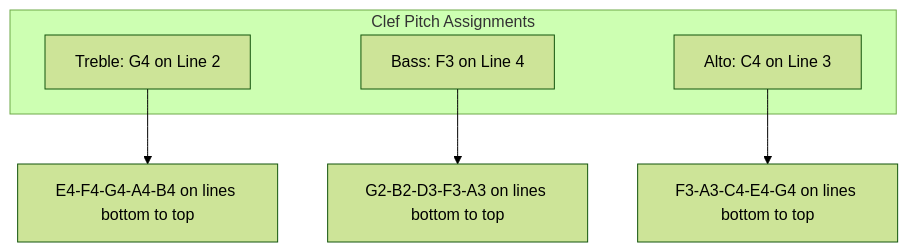
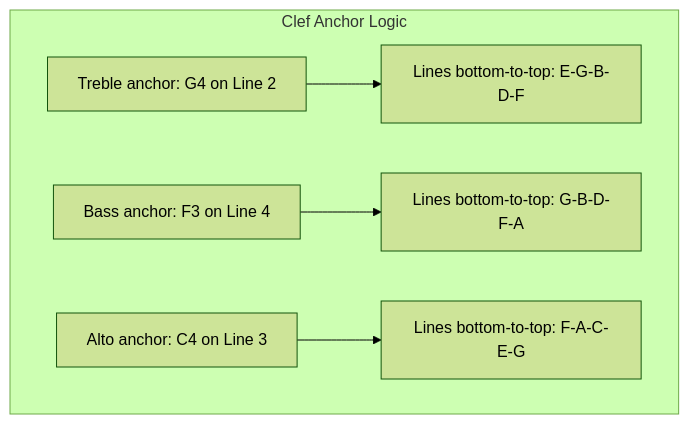
Before and after one commit to blebleblee/synapse: the second of 3 diagrams in topics/arts/composition/notation/lesson_01_notation_basics.md, drawn with Mermaid (forest theme). The commit also changed other lines of this file and 3 other files, not shown here.

````diff
--- a/topics/arts/composition/notation/lesson_01_notation_basics.md
+++ b/topics/arts/composition/notation/lesson_01_notation_basics.md
@@ -50,11 +47,8 @@
 ```mermaid
 graph TD
-    subgraph sub_clefs ["Clef Pitch Assignments"]
-        A["Treble: G4 on Line 2"]
-        B["Bass: F3 on Line 4"]
-        C["Alto: C4 on Line 3"]
+    subgraph sub_clefs ["Clef Anchor Logic"]
+        T["Treble anchor: G4 on Line 2"] --> TN["Lines bottom-to-top: E-G-B-D-F"]
+        BC["Bass anchor: F3 on Line 4"] --> BN["Lines bottom-to-top: G-B-D-F-A"]
+        AC["Alto anchor: C4 on Line 3"] --> AN["Lines bottom-to-top: F-A-C-E-G"]
     end
-    A --> D["E4-F4-G4-A4-B4 on lines bottom to top"]
-    B --> E["G2-B2-D3-F3-A3 on lines bottom to top"]
-    C --> F["F3-A3-C4-E4-G4 on lines bottom to top"]
 ```
````
